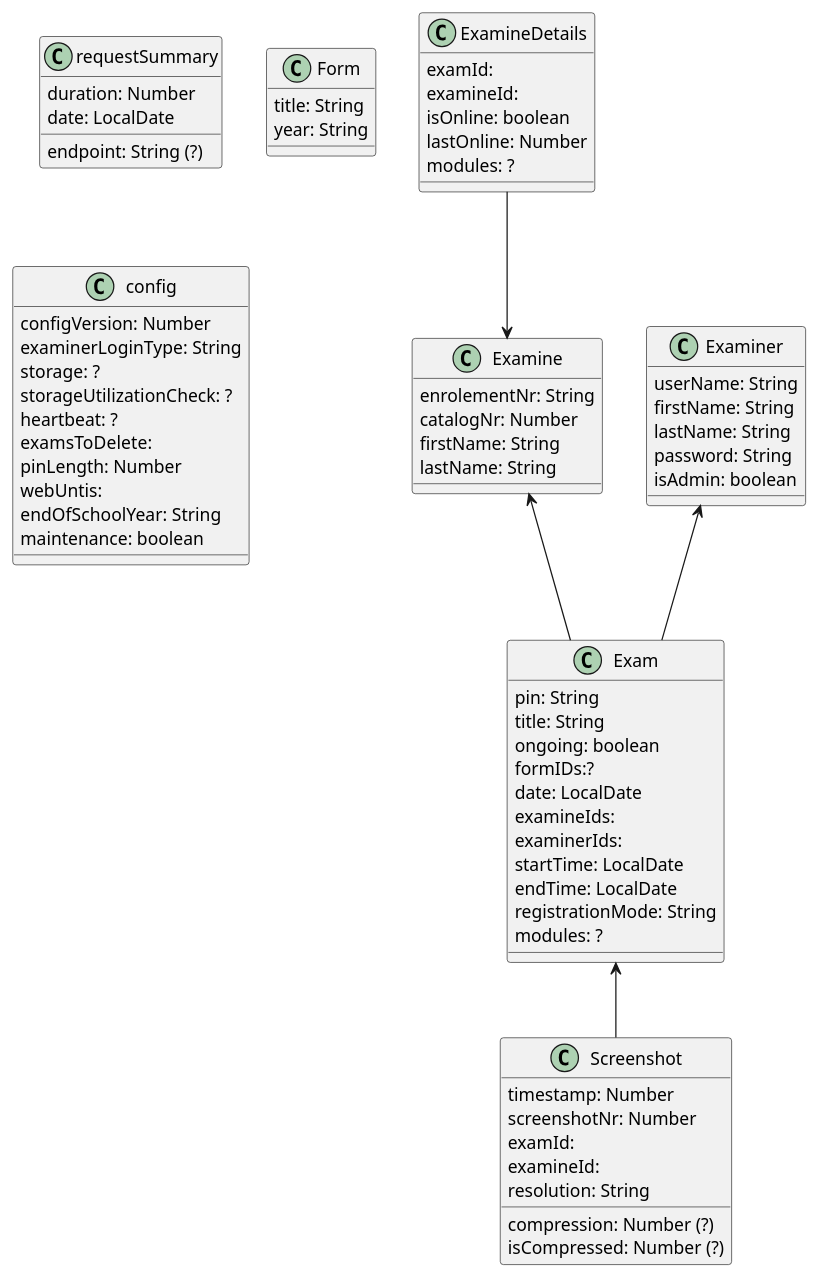
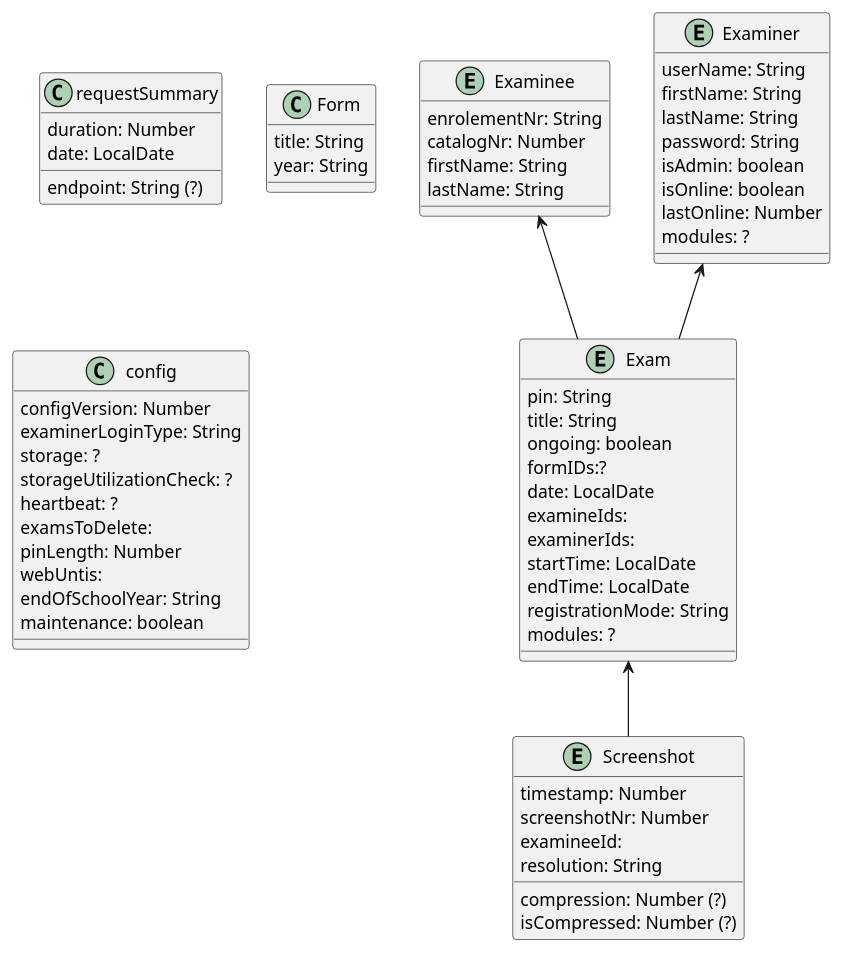
Before and after one commit to htl-leonding-project/franklyn-quarkus: the diagram in docs/slides/plantuml/classDiagram.puml, drawn with PlantUML. The commit also changed 4 other files, not shown here.

```diff
--- a/docs/slides/plantuml/classDiagram.puml
+++ b/docs/slides/plantuml/classDiagram.puml
@@ -1,81 +1,73 @@
 @startuml
 'https://plantuml.com/class-diagram
 
-class Exam{
+entity Exam{
     pin: String
     title: String
     ongoing: boolean
     formIDs:?
     date: LocalDate
     examineIds:
     examinerIds:
     startTime: LocalDate
     endTime: LocalDate
     registrationMode: String
     modules: ?
 }
 
-class Examine{
+entity Examinee{
     enrolementNr: String
     catalogNr: Number
     firstName: String
     lastName: String
 }
 
-
-class ExamineDetails{
-    examId:
-    examineId:
+entity Examiner{
+    userName: String
+    firstName: String
+    lastName: String
+    password: String
+    isAdmin: boolean
     isOnline: boolean
     lastOnline: Number
     modules: ?
 }
 
-class Examiner{
-    userName: String
-    firstName: String
-    lastName: String
-    password: String
-    isAdmin: boolean
-}
-
-class Screenshot{
+entity Screenshot{
     timestamp: Number
     screenshotNr: Number
-    examId:
-    examineId:
+    examineeId:
     resolution: String
     compression: Number (?)
     isCompressed: Number (?)
 }
 
 class requestSummary{
     duration: Number
     endpoint: String (?)
     date: LocalDate
 }
 
 class Form{
     title: String
     year: String
 }
 
 class config{
     configVersion: Number
     examinerLoginType: String
     storage: ?
     storageUtilizationCheck: ?
     heartbeat: ?
     examsToDelete:
     pinLength: Number
     webUntis:
     endOfSchoolYear: String
     maintenance: boolean
 }
 
-Examine <-- Exam
+Examinee <-- Exam
 Examiner <-- Exam
 Exam <-- Screenshot
-ExamineDetails --> Examine
 
 @enduml
```
